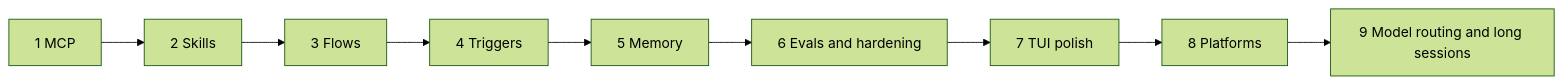
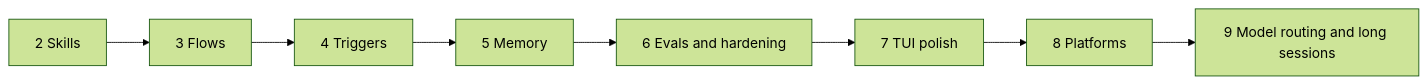
Before and after one commit to MilanPavel/golem: the first of 2 diagrams in docs/plan.md, drawn with Mermaid (forest theme). The commit also changed other lines of this file and 84 other files, not shown here.

````diff
--- a/docs/plan.md
+++ b/docs/plan.md
@@ -27,4 +26,4 @@
 ```mermaid
 flowchart LR
-  p1[1 MCP] --> p2[2 Skills] --> p3[3 Flows] --> p4[4 Triggers] --> p5[5 Memory] --> p6[6 Evals and hardening] --> p7[7 TUI polish] --> p8[8 Platforms] --> p9[9 Model routing and long sessions]
+  p2[2 Skills] --> p3[3 Flows] --> p4[4 Triggers] --> p5[5 Memory] --> p6[6 Evals and hardening] --> p7[7 TUI polish] --> p8[8 Platforms] --> p9[9 Model routing and long sessions]
 ```
````
